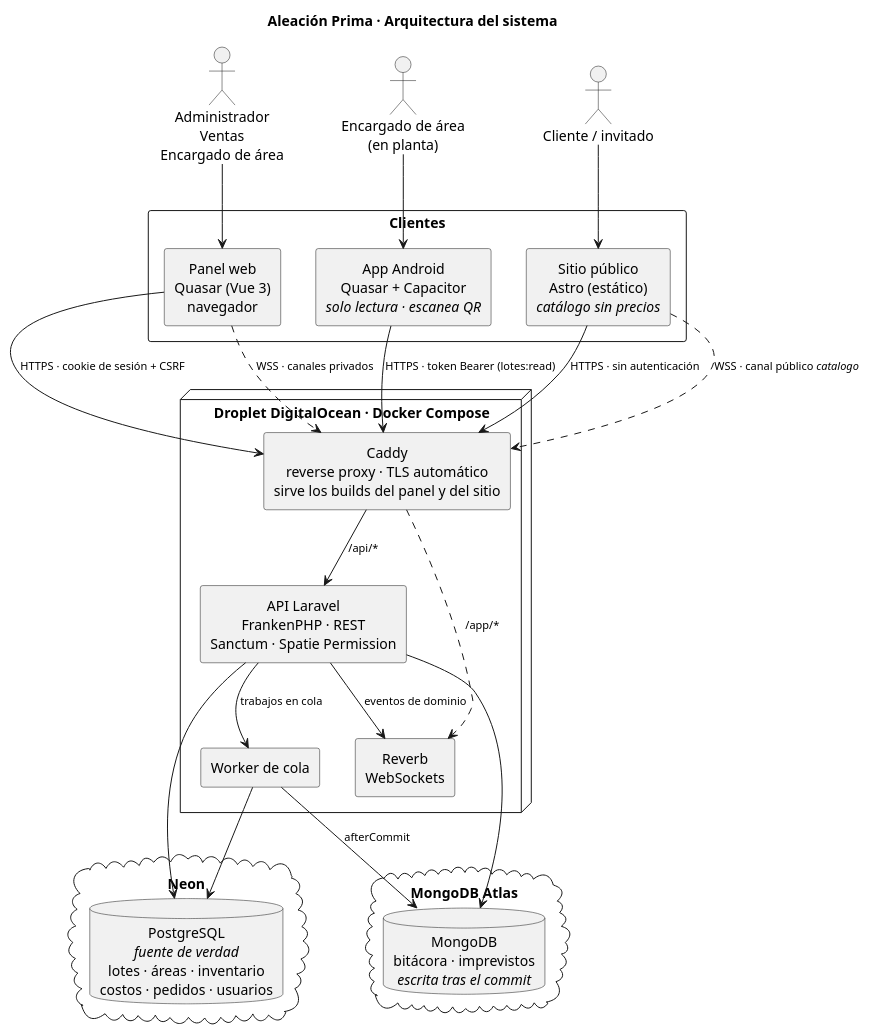
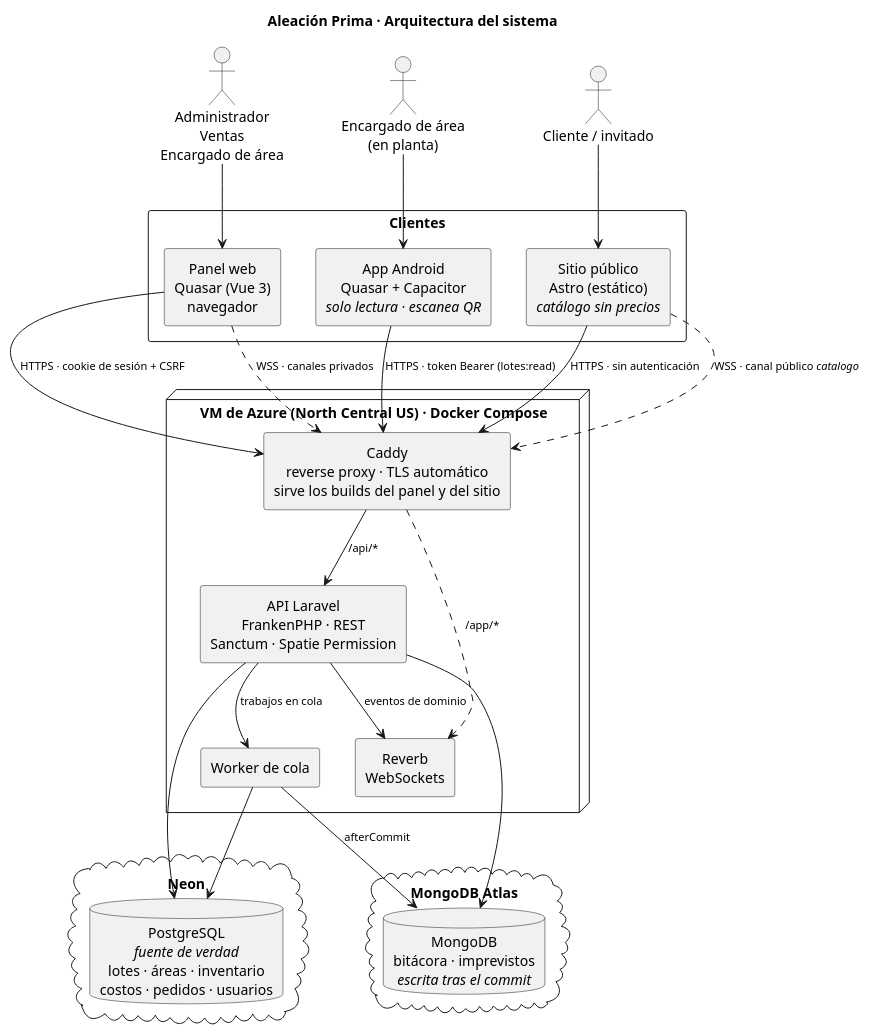
The diagram in docs/diagramas/arquitectura.puml (aleacion-prima/aleacion-prima), drawn with PlantUML before and after one commit. The commit also changed 6 other files, not shown here.

```diff
--- a/docs/diagramas/arquitectura.puml
+++ b/docs/diagramas/arquitectura.puml
@@ -1,54 +1,54 @@
 @startuml arquitectura-aleacion-prima
 title Aleación Prima · Arquitectura del sistema
 
 skinparam shadowing false
 skinparam componentStyle rectangle
 skinparam defaultTextAlignment center
 skinparam ArrowFontSize 11
 skinparam packageStyle rectangle
 
 actor "Administrador\nVentas\nEncargado de área" as personal
 actor "Encargado de área\n(en planta)" as encargado
 actor "Cliente / invitado" as cliente
 
 package "Clientes" {
   [Panel web\nQuasar (Vue 3)\nnavegador] as panel
   [App Android\nQuasar + Capacitor\n<i>solo lectura · escanea QR</i>] as movil
   [Sitio público\nAstro (estático)\n<i>catálogo sin precios</i>] as web
 }
 
-node "Droplet DigitalOcean · Docker Compose" as servidor {
+node "VM de Azure (North Central US) · Docker Compose" as servidor {
   [Caddy\nreverse proxy · TLS automático\nsirve los builds del panel y del sitio] as caddy
   [API Laravel\nFrankenPHP · REST\nSanctum · Spatie Permission] as api
   [Reverb\nWebSockets] as reverb
   [Worker de cola] as queue
 }
 
 cloud "Neon" {
   database "PostgreSQL\n<i>fuente de verdad</i>\nlotes · áreas · inventario\ncostos · pedidos · usuarios" as pg
 }
 
 cloud "MongoDB Atlas" {
   database "MongoDB\nbitácora · imprevistos\n<i>escrita tras el commit</i>" as mongo
 }
 
 personal --> panel
 encargado --> movil
 cliente --> web
 
 panel --> caddy : HTTPS · cookie de sesión + CSRF
 movil --> caddy : HTTPS · token Bearer (lotes:read)
 web --> caddy : HTTPS · sin autenticación
 panel ..> caddy : WSS · canales privados
 web ..> caddy : WSS · canal público <i>catalogo</i>
 
 caddy --> api : /api/*
 caddy ..> reverb : /app/*
 api --> reverb : eventos de dominio
 api --> queue : trabajos en cola
 api --> pg
 api --> mongo
 queue --> pg
 queue --> mongo : afterCommit
 
 @enduml
```
